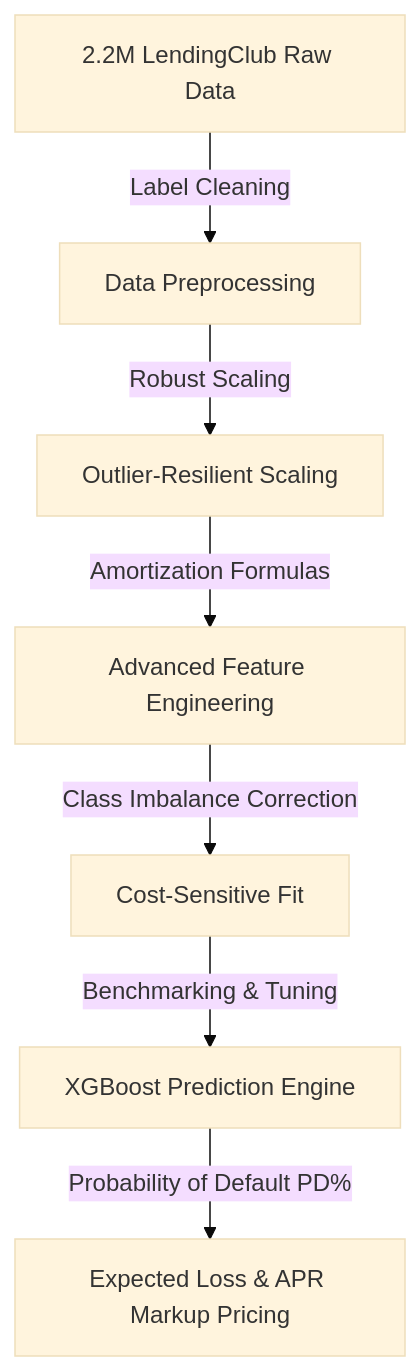
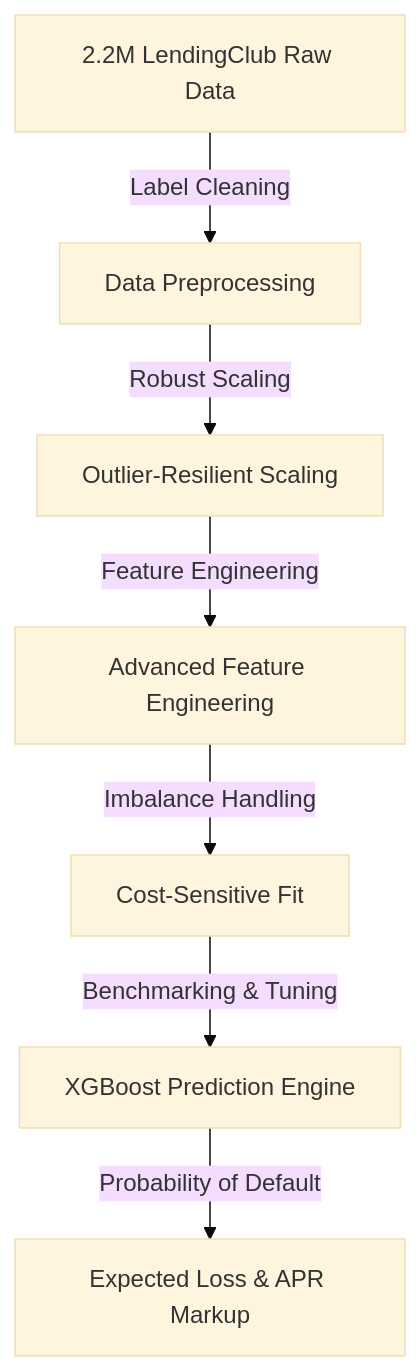
The diagram in README.md (aditi23garg/retail-loan-default-prediction), drawn with Mermaid (base theme) before and after one commit. The commit also changed other lines of this file, not shown here.

````diff
--- a/README.md
+++ b/README.md
@@ -40,9 +37,9 @@
 ```mermaid
 graph TD
     Data[2.2M LendingClub Raw Data] -->|Label Cleaning| Preproc[Data Preprocessing]
-    Preproc -->|Robust Scaling| Scale[Outlier-Resilient Scaling]
-    Scale -->|Amortization Formulas| FE[Advanced Feature Engineering]
-    FE -->|Class Imbalance Correction| Imbal[Cost-Sensitive Fit]
+    Preproc -->|Robust Scaling| Scale[Outlier‑Resilient Scaling]
+    Scale -->|Feature Engineering| FE[Advanced Feature Engineering]
+    FE -->|Imbalance Handling| Imbal[Cost‑Sensitive Fit]
     Imbal -->|Benchmarking & Tuning| Model[XGBoost Prediction Engine]
-    Model -->|Probability of Default PD%| Pricing[Expected Loss & APR Markup Pricing]
+    Model -->|Probability of Default| Pricing[Expected Loss & APR Markup]
 ```
````
